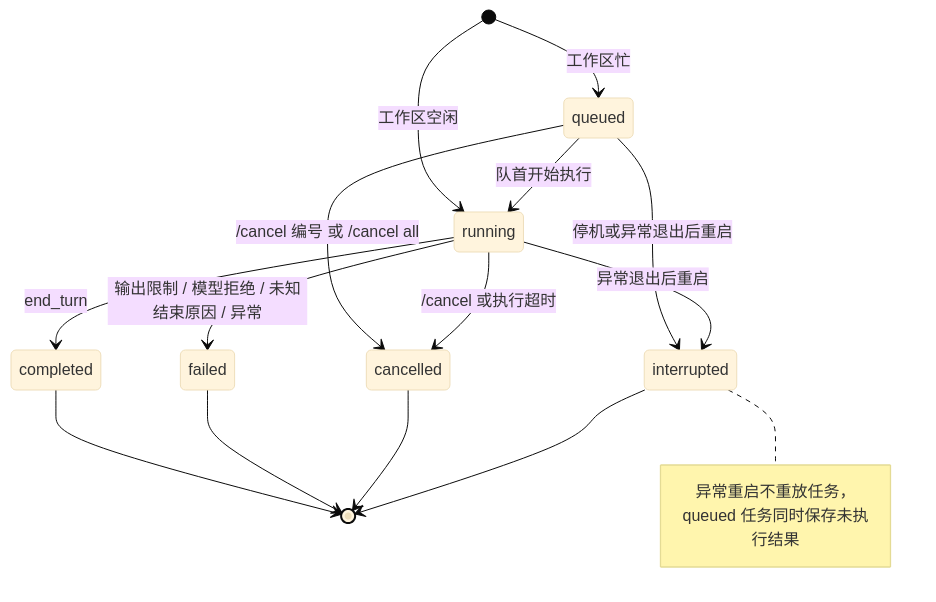
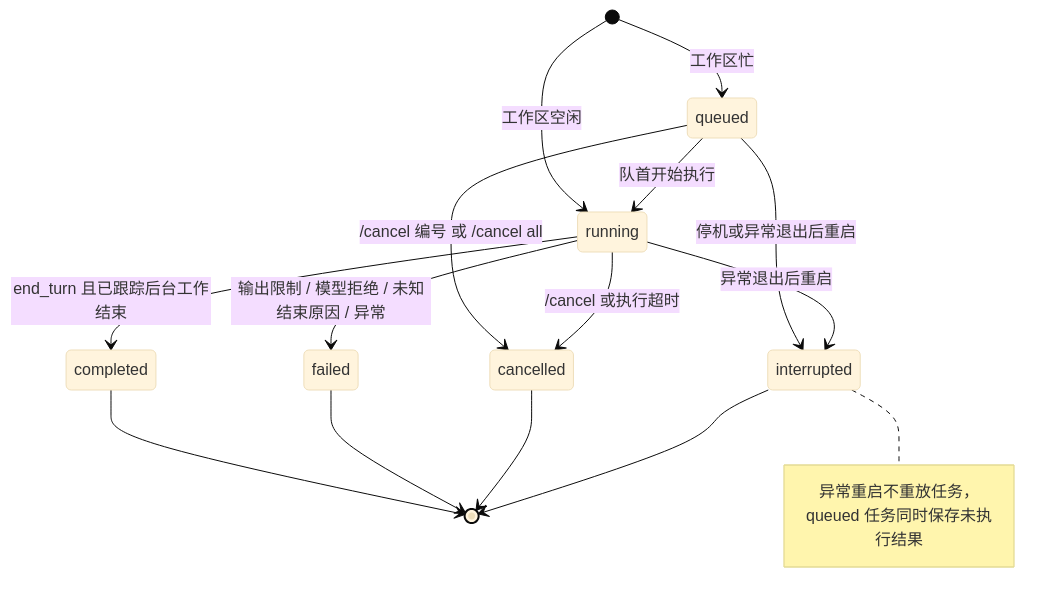
Before and after one commit to maxtanforge/agent-bridge: the third of 4 diagrams in docs/design.md, drawn with Mermaid (base theme). The commit also changed other lines of this file and 18 other files, not shown here.

````diff
--- a/docs/design.md
+++ b/docs/design.md
@@ -82,17 +82,17 @@
 ```mermaid
 stateDiagram-v2
   [*] --> queued: 工作区忙
   [*] --> running: 工作区空闲
   queued --> running: 队首开始执行
   queued --> cancelled: /cancel 编号 或 /cancel all
-  running --> completed: end_turn
+  running --> completed: end_turn 且已跟踪后台工作结束
   running --> failed: 输出限制 / 模型拒绝 / 未知结束原因 / 异常
   running --> cancelled: /cancel 或执行超时
   queued --> interrupted: 停机或异常退出后重启
   running --> interrupted: 异常退出后重启
   completed --> [*]
   failed --> [*]
   cancelled --> [*]
   interrupted --> [*]
   note right of interrupted: 异常重启不重放任务，queued 任务同时保存未执行结果
 ```
````
